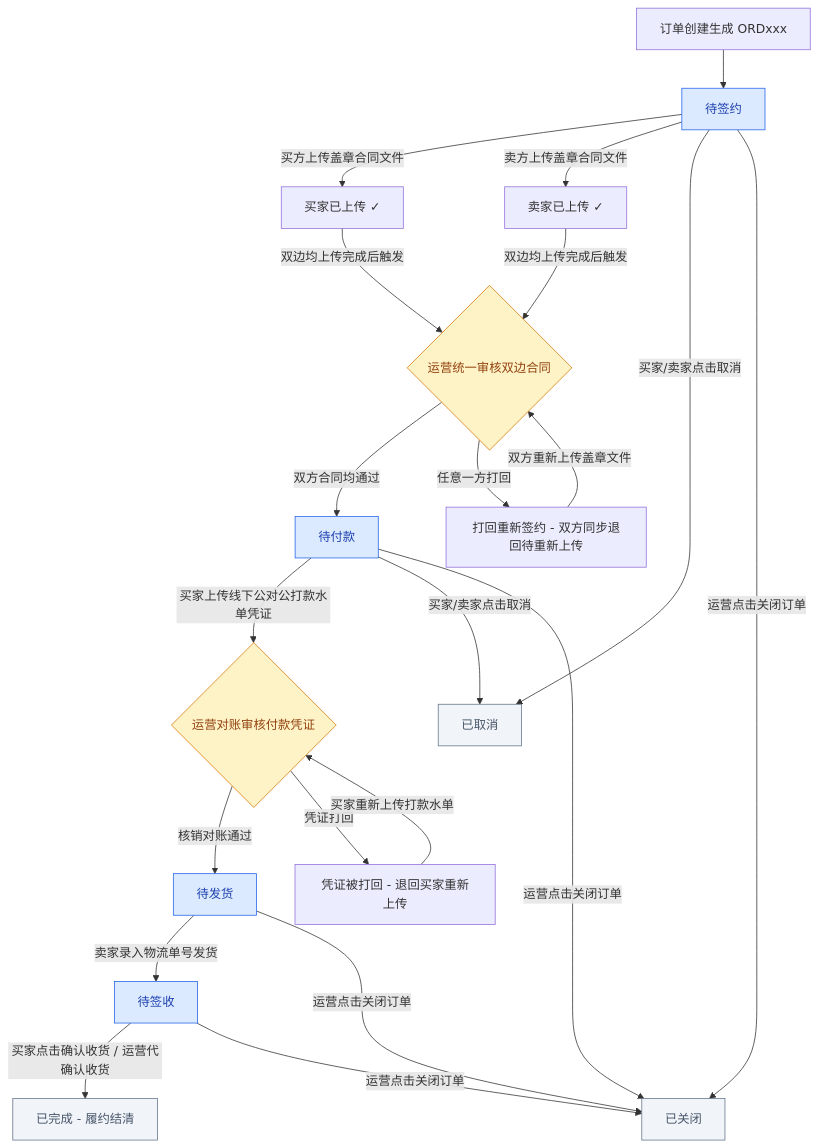
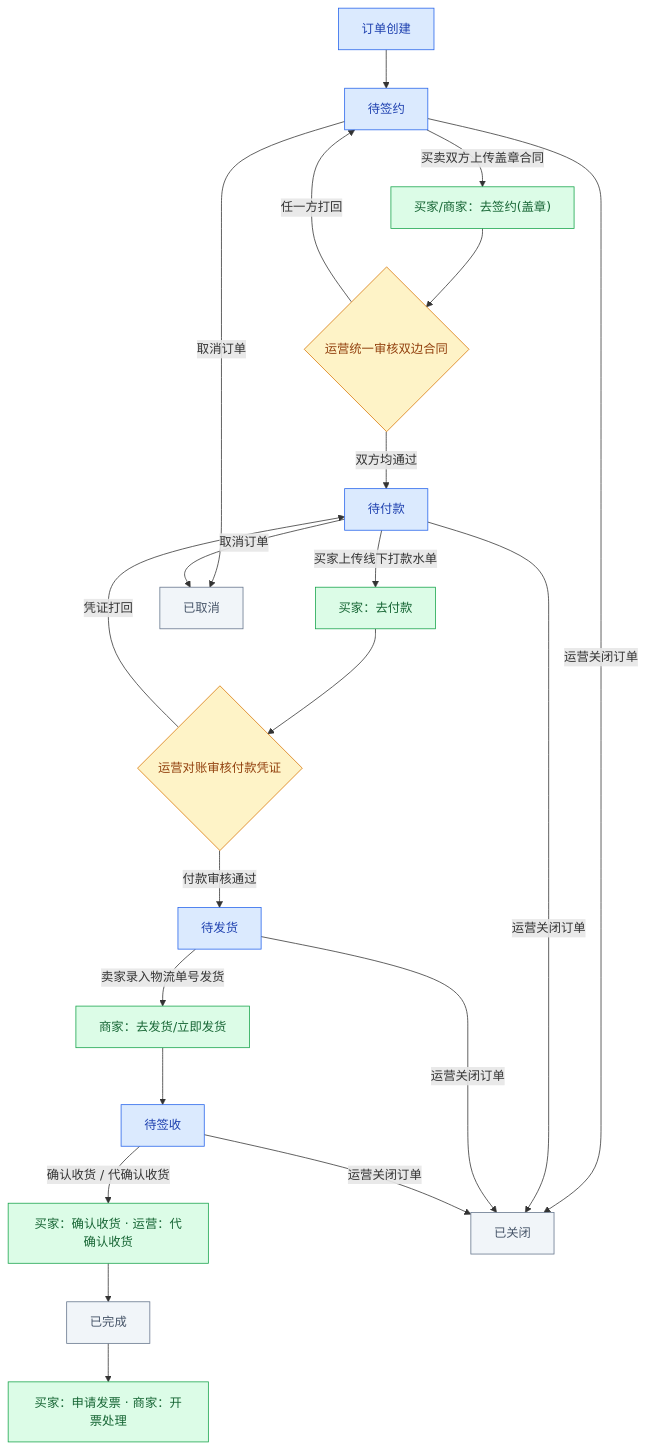
The third of 8 diagrams in Summary/字段表整理文档_完整版.md (barry0-0/sahngliu), drawn with Mermaid before and after one commit. The commit also changed other lines of this file and 11 other files, not shown here.

````diff
--- a/Summary/字段表整理文档_完整版.md
+++ b/Summary/字段表整理文档_完整版.md
@@ -180,25 +252,25 @@
 ```mermaid
 graph TB
-    A[订单创建生成 ORDxxx] --> B[待签约]
-    B -->|买方上传盖章合同文件| B1[买家已上传 ✓]
-    B -->|卖方上传盖章合同文件| B2[卖家已上传 ✓]
-    B1 & B2 -->|双边均上传完成后触发| C{运营统一审核双边合同}
-    C -->|双方合同均通过| D[待付款]
-    C -->|任意一方打回| E[打回重新签约 - 双方同步退回待重新上传]
-    E -->|双方重新上传盖章文件| C
-    D -->|买家上传线下公对公打款水单凭证| F{运营对账审核付款凭证}
-    F -->|核销对账通过| G[待发货]
-    F -->|凭证打回| H[凭证被打回 - 退回买家重新上传]
-    H -->|买家重新上传打款水单| F
-    G -->|卖家录入物流单号发货| I[待签收]
-    I -->|买家点击确认收货 / 运营代确认收货| J[已完成 - 履约结清]
-    B & D -->|买家/卖家点击取消| K[已取消]
-    B & D & G & I -->|运营点击关闭订单| L[已关闭]
+    A[订单创建]:::state
+    A --> B[待签约]:::state
+    B -->|买卖双方上传盖章合同| B1["买家/商家：去签约(盖章)"]:::btn
+    B1 --> C{运营统一审核双边合同}:::judge
+    C -->|双方均通过| D[待付款]:::state
+    C -->|任一方打回| B
+    D -->|买家上传线下打款水单| D1["买家：去付款"]:::btn
+    D1 --> E{运营对账审核付款凭证}:::judge
+    E -->|付款审核通过| F[待发货]:::state
+    E -->|凭证打回| D
+    F -->|卖家录入物流单号发货| F1["商家：去发货/立即发货"]:::btn
+    F1 --> G[待签收]:::state
+    G -->|确认收货 / 代确认收货| G1["买家：确认收货 · 运营：代确认收货"]:::btn
+    G1 --> H[已完成]:::endState
+    H --> H1["买家：申请发票 · 商家：开票处理"]:::btn
+    B & D -->|取消订单| I[已取消]:::endState
+    B & D & F & G -->|运营关闭订单| J[已关闭]:::endState
+
     classDef state fill:#dbeafe,stroke:#2563eb,color:#1e40af
+    classDef btn fill:#dcfce7,stroke:#16a34a,color:#166534
     classDef judge fill:#fef3c7,stroke:#d97706,color:#92400e
     classDef endState fill:#f1f5f9,stroke:#64748b,color:#475569
-    class B,D,G,I state
-    class J endState
-    class K,L endState
-    class C,F judge
 ```
````
